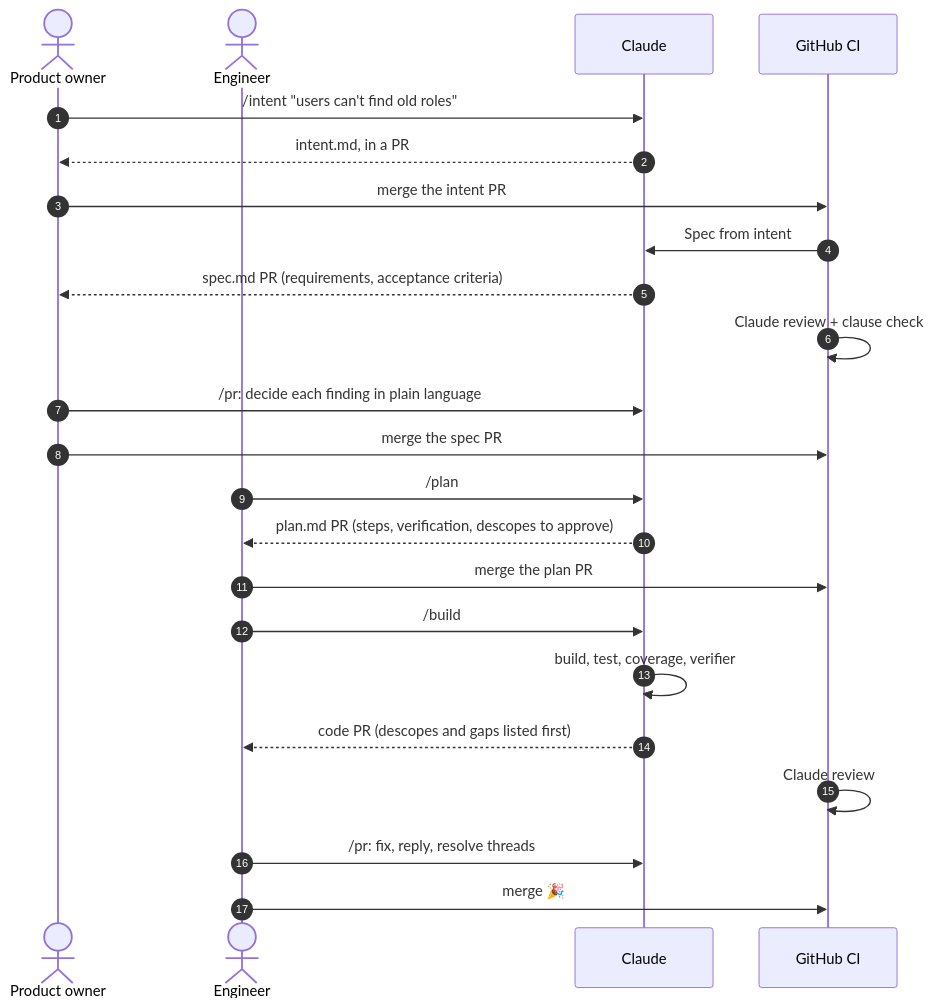
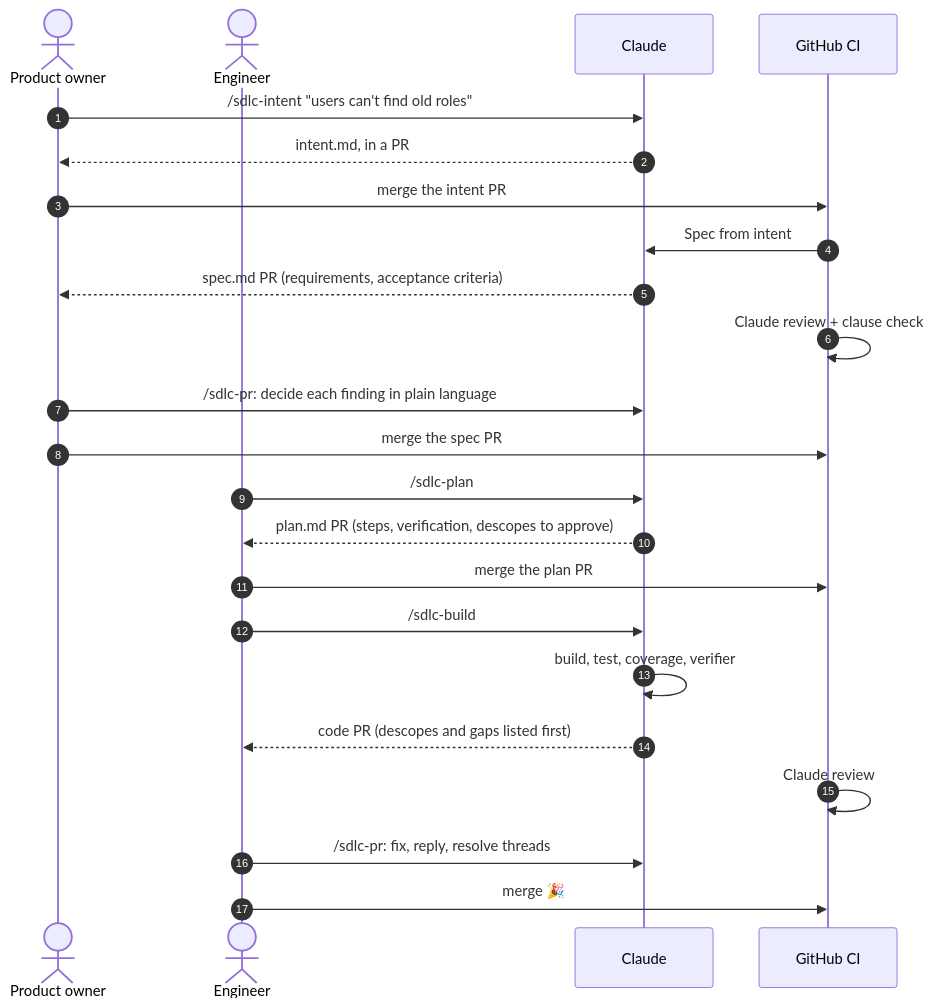
One commit to stickleprojects/claude-sdlc changed the second of 4 diagrams in readme.md. Above: the diagram before and after it, drawn with Mermaid. The commit also changed other lines of this file and 60 other files, not shown here.

````diff
--- a/readme.md
+++ b/readme.md
@@ -63,26 +63,26 @@
 ```mermaid
 sequenceDiagram
     autonumber
     actor PO as Product owner
     actor Eng as Engineer
     participant C as Claude
     participant GH as GitHub CI
 
-    PO->>C: /intent "users can't find old roles"
+    PO->>C: /sdlc-intent "users can't find old roles"
     C-->>PO: intent.md, in a PR
     PO->>GH: merge the intent PR
     GH->>C: Spec from intent
     C-->>PO: spec.md PR (requirements, acceptance criteria)
     GH->>GH: Claude review + clause check
-    PO->>C: /pr: decide each finding in plain language
+    PO->>C: /sdlc-pr: decide each finding in plain language
     PO->>GH: merge the spec PR
-    Eng->>C: /plan
+    Eng->>C: /sdlc-plan
     C-->>Eng: plan.md PR (steps, verification, descopes to approve)
     Eng->>GH: merge the plan PR
-    Eng->>C: /build
+    Eng->>C: /sdlc-build
     C->>C: build, test, coverage, verifier
     C-->>Eng: code PR (descopes and gaps listed first)
     GH->>GH: Claude review
-    Eng->>C: /pr: fix, reply, resolve threads
+    Eng->>C: /sdlc-pr: fix, reply, resolve threads
     Eng->>GH: merge 🎉
 ```
````
